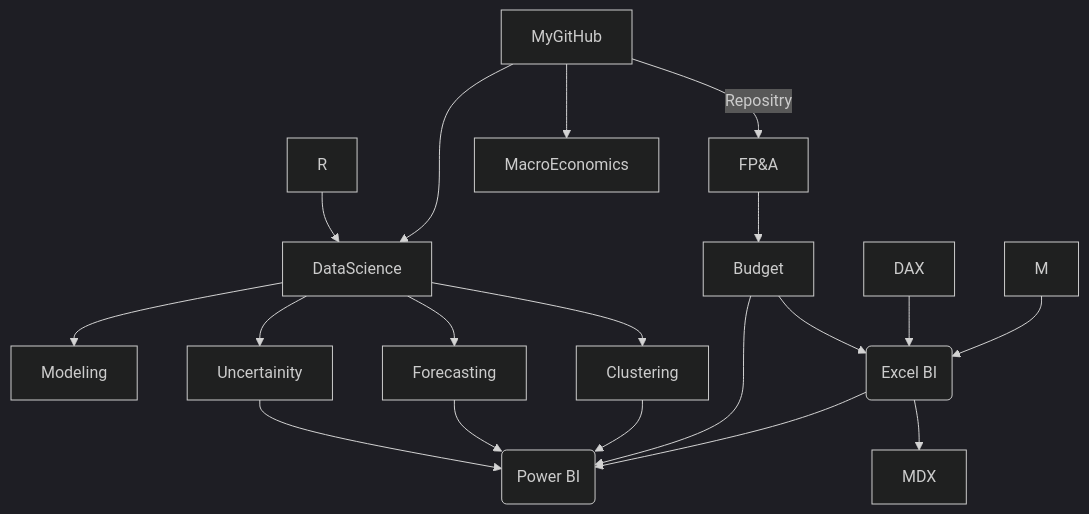
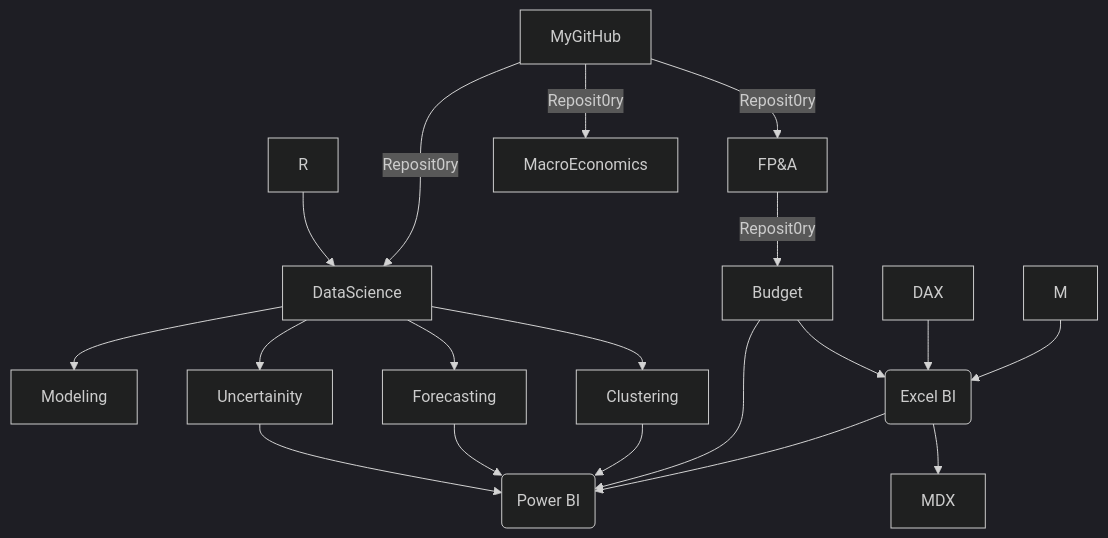
Before and after one commit to md3629/md3629: the diagram in README.md, drawn with Mermaid (dark theme).

````diff
--- a/README.md
+++ b/README.md
@@ -9,21 +9,21 @@
 ```mermaid
 graph TD;
-    MyGitHub-->|Repositry|FP&A;
-    FP&A-->Budget;
+    MyGitHub-->|Reposit0ry|FP&A;
+    FP&A-->|Reposit0ry|Budget;
     R-->DataScience;
-    MyGitHub-->DataScience;
-    MyGitHub-->MacroEconomics;
+    MyGitHub-->|Reposit0ry|DataScience;
+    MyGitHub-->|Reposit0ry|MacroEconomics;
     DataScience-->Modeling;
     DataScience-->Forecasting;
     DataScience-->Clustering;
     DataScience-->Uncertainity;
     Uncertainity-->P(Power BI);
     Forecasting-->P(Power BI);
     Clustering-->P(Power BI);
     Budget-->P(Power BI);
     Budget-->E(Excel BI);
     DAX-->E(Excel BI);
     M-->E(Excel BI);
     E(Excel BI)-->P(Power BI);
     E(Excel BI)-->MDX;
 ```
````
